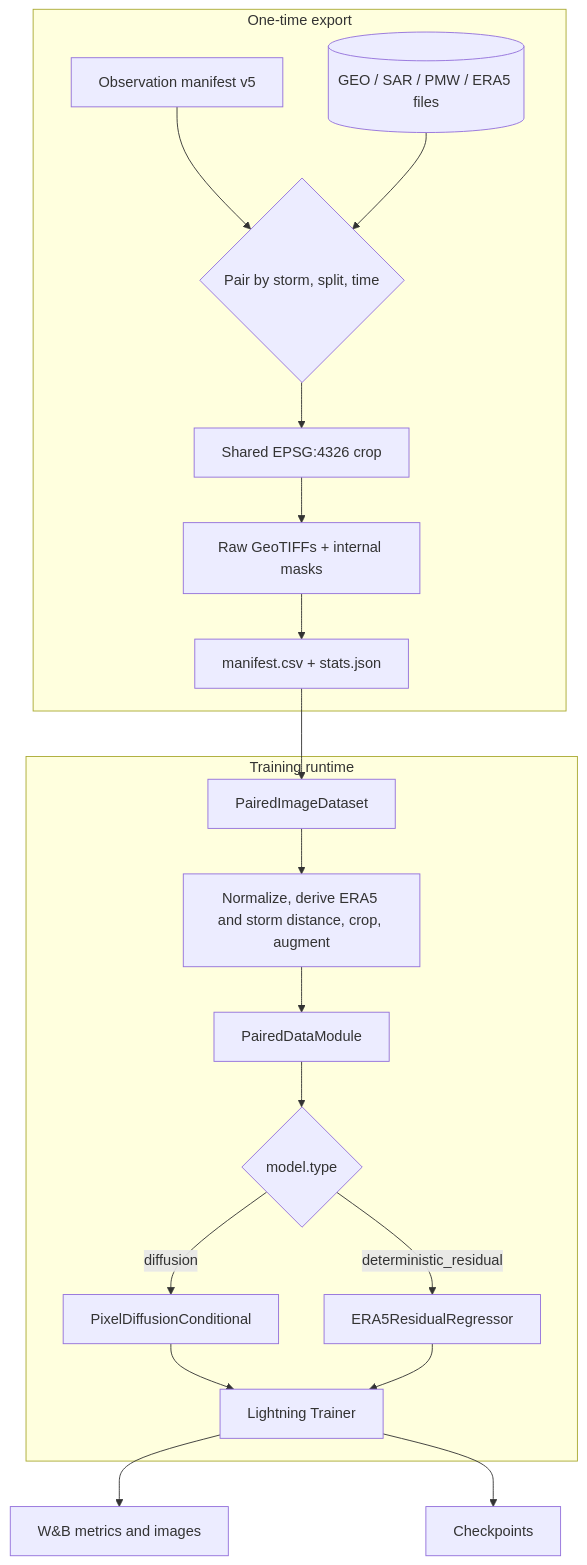
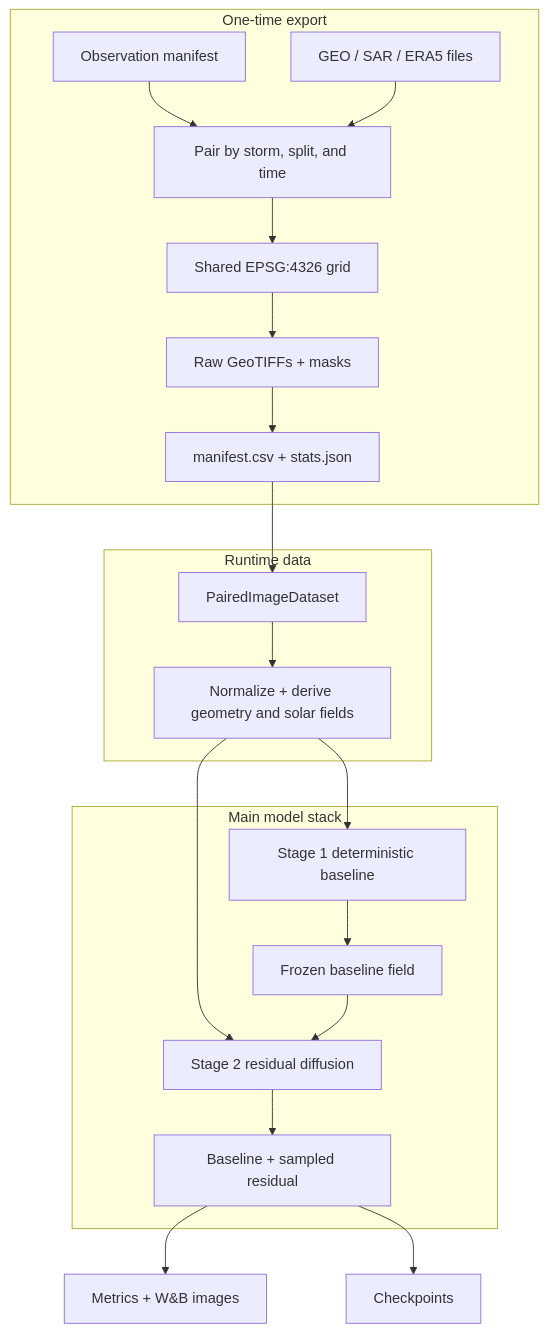
Before and after one commit to simon-donike/geo2wf: the diagram in docs/concepts/architecture.md, drawn with Mermaid. The commit also changed other lines of this file and 25 other files, not shown here.

````diff
--- a/docs/concepts/architecture.md
+++ b/docs/concepts/architecture.md
@@ -3,24 +5,26 @@
 ```mermaid
 flowchart TB
   subgraph Offline[One-time export]
-    M[Observation manifest v5] --> P{Pair by storm, split, time}
-    S[(GEO / SAR / PMW / ERA5 files)] --> P
-    P --> G[Shared EPSG:4326 crop]
-    G --> T[Raw GeoTIFFs + internal masks]
+    M[Observation manifest] --> P[Pair by storm, split, and time]
+    S[GEO / SAR / ERA5 files] --> P
+    P --> G[Shared EPSG:4326 grid]
+    G --> T[Raw GeoTIFFs + masks]
     T --> C[manifest.csv + stats.json]
   end
 
-  subgraph Runtime[Training runtime]
+  subgraph Runtime[Runtime data]
     C --> D[PairedImageDataset]
-    D --> N[Normalize, derive ERA5 and storm distance, crop, augment]
-    N --> L[PairedDataModule]
-    L --> B{model.type}
-    B -->|diffusion| X[PixelDiffusionConditional]
-    B -->|deterministic_residual| R[ERA5ResidualRegressor]
-    X --> O[Lightning Trainer]
-    R --> O
+    D --> N[Normalize + derive geometry and solar fields]
   end
 
-  O --> W[W&B metrics and images]
+  subgraph Stack[Main model stack]
+    N --> B[Stage 1 deterministic baseline]
+    B --> F[Frozen baseline field]
+    N --> R[Stage 2 residual diffusion]
+    F --> R
+    R --> O[Baseline + sampled residual]
+  end
+
+  O --> W[Metrics + W&B images]
   O --> K[Checkpoints]
 ```
````
